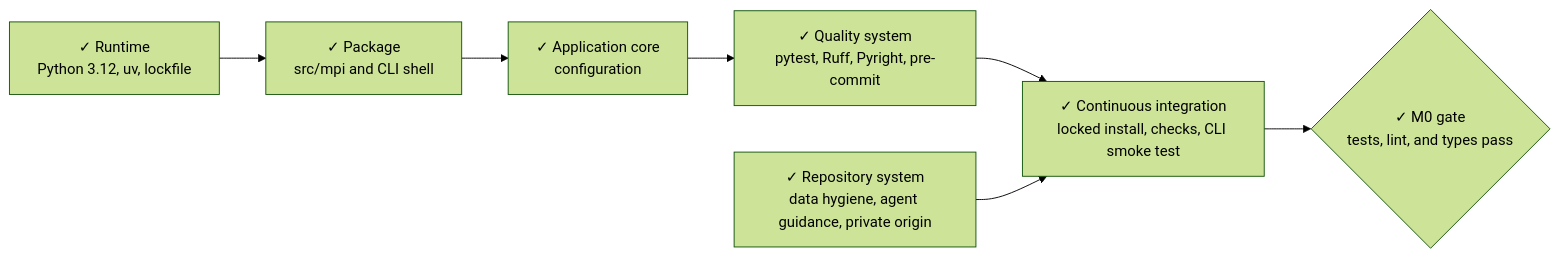
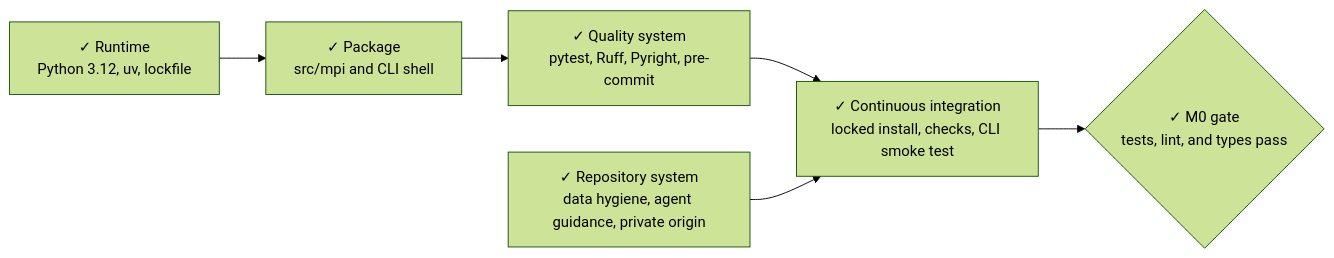
The diagram in docs/milestones/m00-foundation.md (stevennitesh/manufacturing-process-intelligence), drawn with Mermaid (forest theme) before and after one commit. The commit also changed 30 other files, not shown here.

````diff
--- a/docs/milestones/m00-foundation.md
+++ b/docs/milestones/m00-foundation.md
@@ -8,13 +8,12 @@
 ```mermaid
 flowchart LR
     R["✓ Runtime<br/>Python 3.12, uv, lockfile"]
     P["✓ Package<br/>src/mpi and CLI shell"]
-    C["✓ Application core<br/>configuration"]
     Q["✓ Quality system<br/>pytest, Ruff, Pyright, pre-commit"]
     D["✓ Repository system<br/>data hygiene, agent guidance, private origin"]
     I["✓ Continuous integration<br/>locked install, checks, CLI smoke test"]
     G{"✓ M0 gate<br/>tests, lint, and types pass"}
 
-    R --> P --> C --> Q --> I --> G
+    R --> P --> Q --> I --> G
     D --> I
 ```
````
